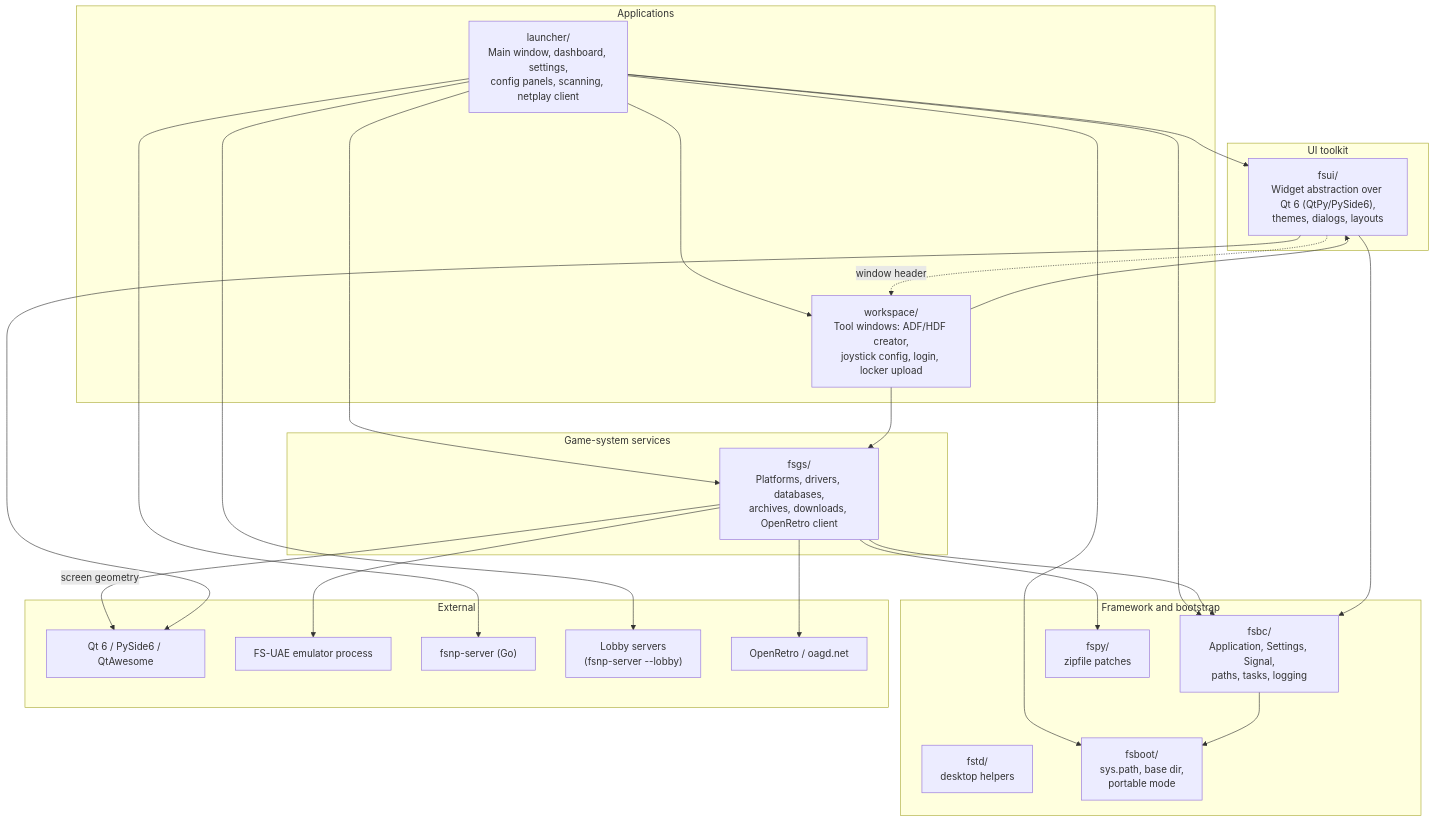
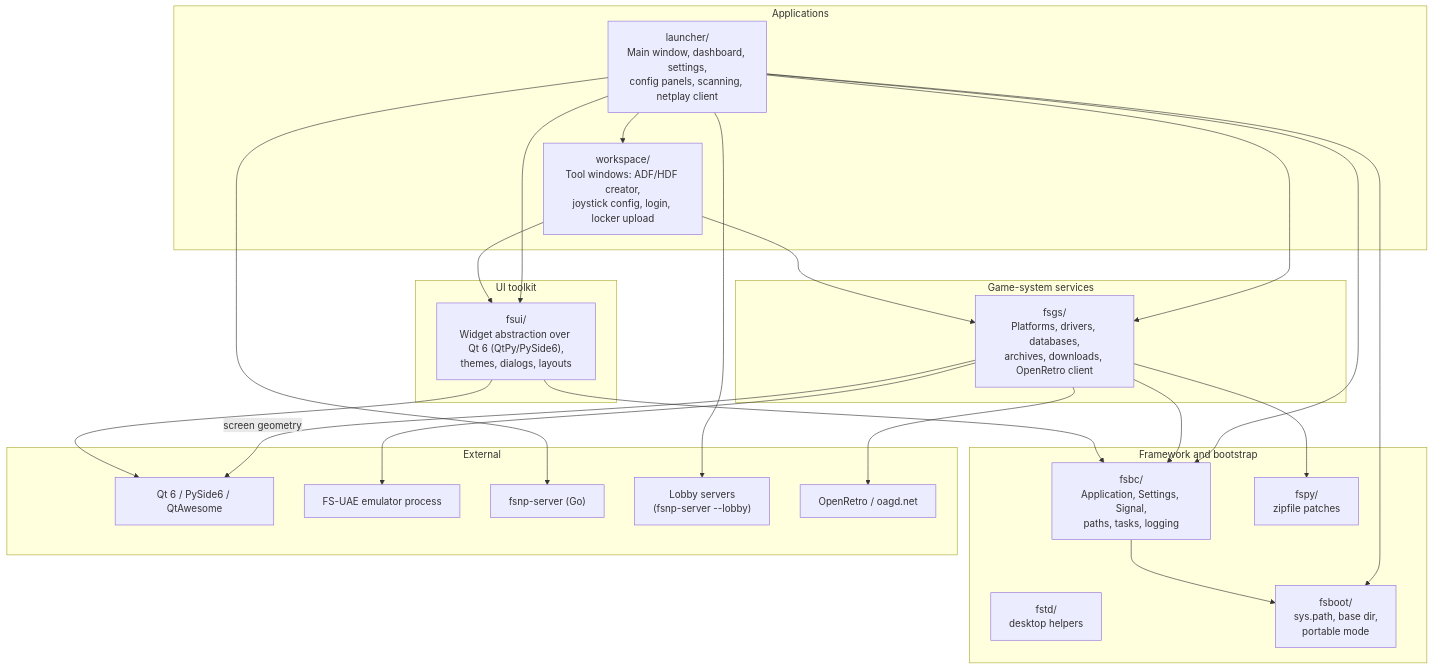
The first of 5 diagrams in docs/architecture.md (pdabel/fs-uae-launcher), drawn with Mermaid before and after one commit. The commit also changed other lines of this file and 30 other files, not shown here.

First line of the commit message:
Remove the unused frameless window and guard fsui's imports

````diff
--- a/docs/architecture.md
+++ b/docs/architecture.md
@@ -27,49 +26,48 @@
 ```mermaid
 flowchart TB
     subgraph app["Applications"]
         launcher["launcher/<br/>Main window, dashboard, settings,<br/>config panels, scanning, netplay client"]
         workspace["workspace/<br/>Tool windows: ADF/HDF creator,<br/>joystick config, login, locker upload"]
     end
 
     subgraph domain["Game-system services"]
         fsgs["fsgs/<br/>Platforms, drivers, databases,<br/>archives, downloads, OpenRetro client"]
     end
 
     subgraph ui["UI toolkit"]
         fsui["fsui/<br/>Widget abstraction over Qt 6 (QtPy/PySide6),<br/>themes, dialogs, layouts"]
     end
 
     subgraph base["Framework and bootstrap"]
         fsbc["fsbc/<br/>Application, Settings, Signal,<br/>paths, tasks, logging"]
         fspy["fspy/<br/>zipfile patches"]
         fstd["fstd/<br/>desktop helpers"]
         fsboot["fsboot/<br/>sys.path, base dir,<br/>portable mode"]
     end
 
     subgraph ext["External"]
         qt["Qt 6 / PySide6 / QtAwesome"]
         fsuae["FS-UAE emulator process"]
         fsnp["fsnp-server (Go)"]
         lobbies["Lobby servers<br/>(fsnp-server --lobby)"]
         openretro["OpenRetro / oagd.net"]
     end
 
     launcher --> fsui
     launcher --> fsgs
     launcher --> fsbc
     launcher --> fsboot
     launcher --> lobbies
     launcher --> fsnp
     launcher --> workspace
     workspace --> fsui
     workspace --> fsgs
     fsgs --> fsbc
     fsgs --> fspy
     fsgs --> fsuae
     fsgs --> openretro
     fsgs -- "screen geometry" --> qt
     fsui --> fsbc
-    fsui -. "window header" .-> workspace
     fsui --> qt
     fsbc --> fsboot
 ```
````
